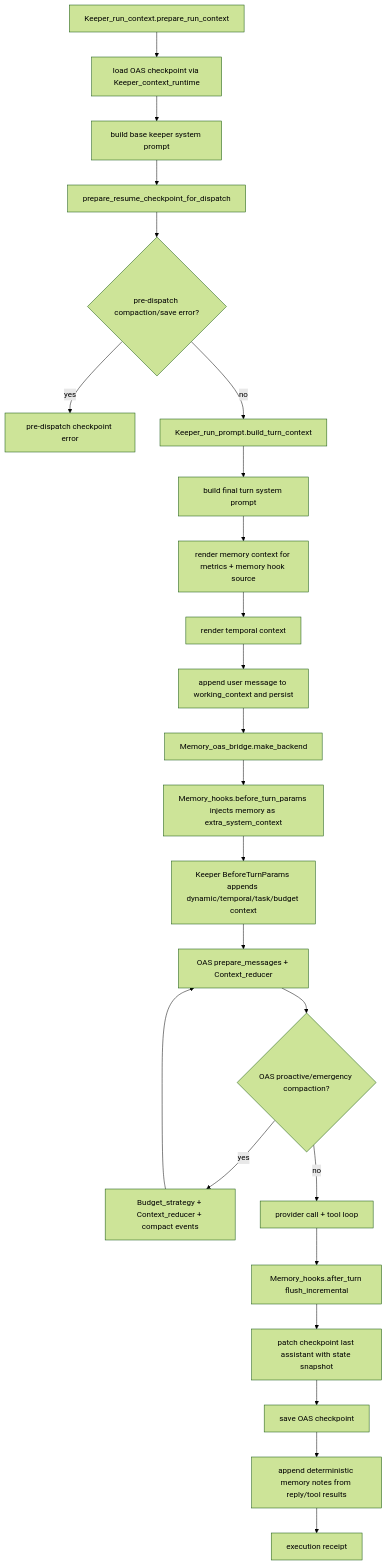
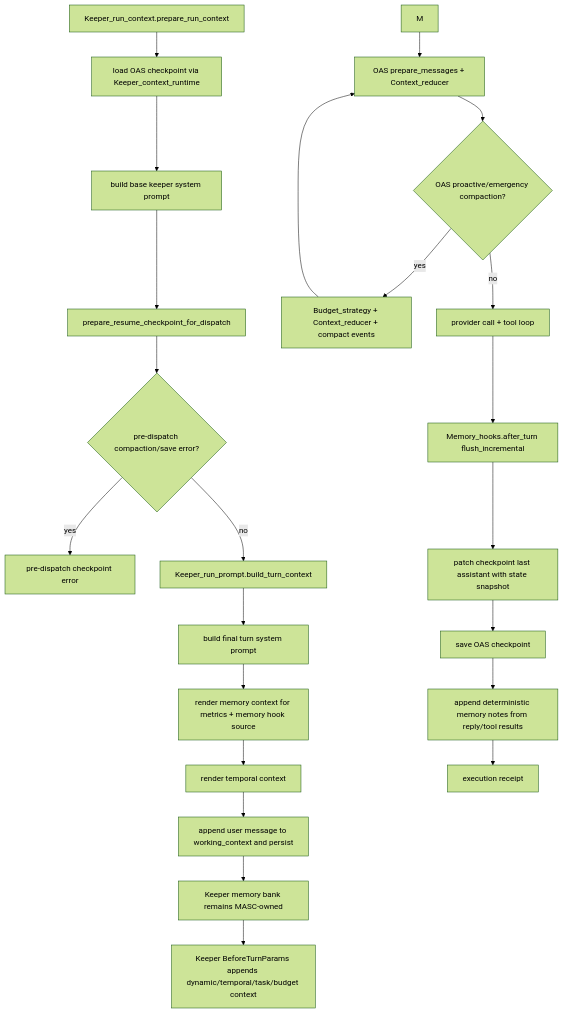
Before and after one commit to jeong-sik/masc: the fifth of 5 diagrams in docs/audit/2026-05-12-keeper-oas-agent-runtime-flow-comparison.md, drawn with Mermaid (forest theme). The commit also changed other lines of this file and 150 other files, not shown here.

Commit message:
Remove OAS memory projection and tool gate surfaces (#20134)

````diff
--- a/docs/audit/2026-05-12-keeper-oas-agent-runtime-flow-comparison.md
+++ b/docs/audit/2026-05-12-keeper-oas-agent-runtime-flow-comparison.md
@@ -335,26 +335,25 @@
 ```mermaid
 flowchart TD
     A[Keeper_run_context.prepare_run_context] --> B[load OAS checkpoint via Keeper_context_runtime]
     B --> C[build base keeper system prompt]
     C --> D[prepare_resume_checkpoint_for_dispatch]
     D --> E{pre-dispatch compaction/save error?}
     E -- yes --> ERR[pre-dispatch checkpoint error]
     E -- no --> F[Keeper_run_prompt.build_turn_context]
     F --> G[build final turn system prompt]
     G --> H[render memory context for metrics + memory hook source]
     H --> I[render temporal context]
     I --> J[append user message to working_context and persist]
-    J --> K[Memory_oas_bridge.make_backend]
-    K --> L[Memory_hooks.before_turn_params injects memory as extra_system_context]
-    L --> M[Keeper BeforeTurnParams appends dynamic/temporal/task/budget context]
+    J --> K[Keeper memory bank remains MASC-owned]
+    K --> L[Keeper BeforeTurnParams appends dynamic/temporal/task/budget context]
     M --> N[OAS prepare_messages + Context_reducer]
     N --> O{OAS proactive/emergency compaction?}
     O -- yes --> P[Budget_strategy + Context_reducer + compact events]
     P --> N
     O -- no --> Q[provider call + tool loop]
     Q --> R[Memory_hooks.after_turn flush_incremental]
     R --> S[patch checkpoint last assistant with state snapshot]
     S --> T[save OAS checkpoint]
     T --> U[append deterministic memory notes from reply/tool results]
     U --> V[execution receipt]
 ```
````
